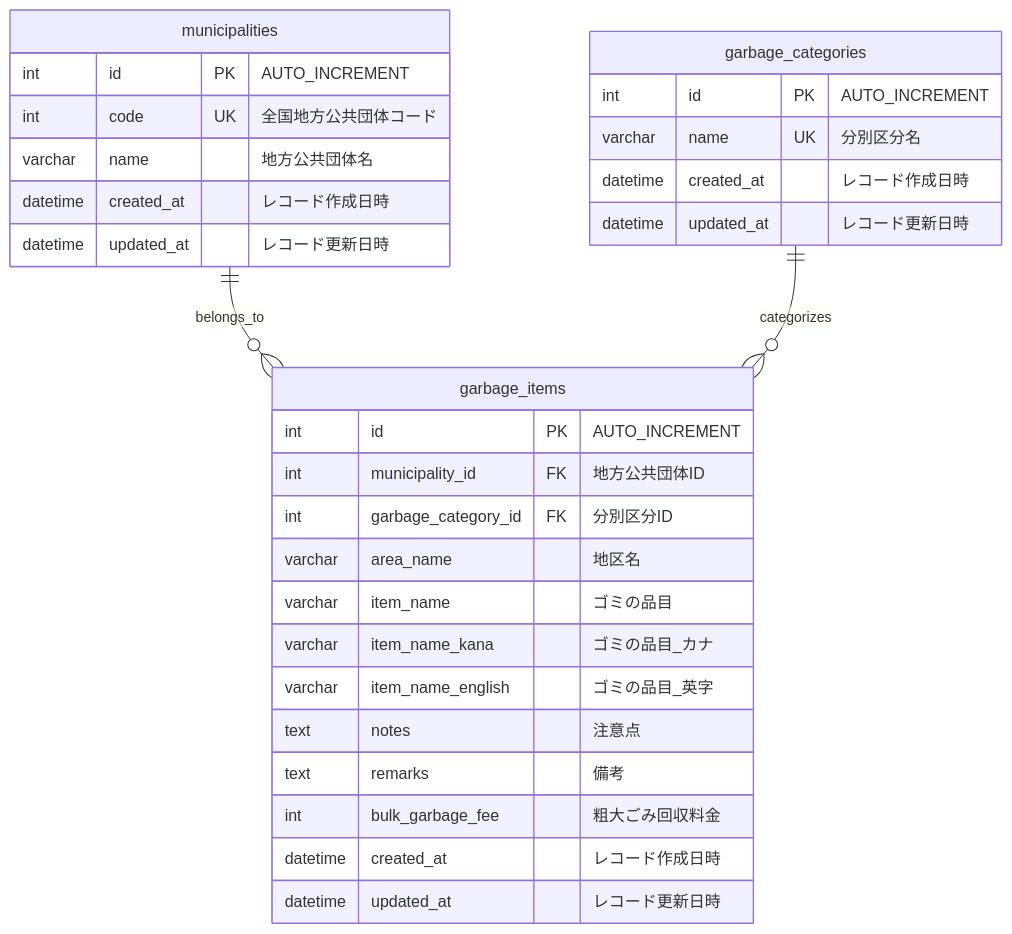
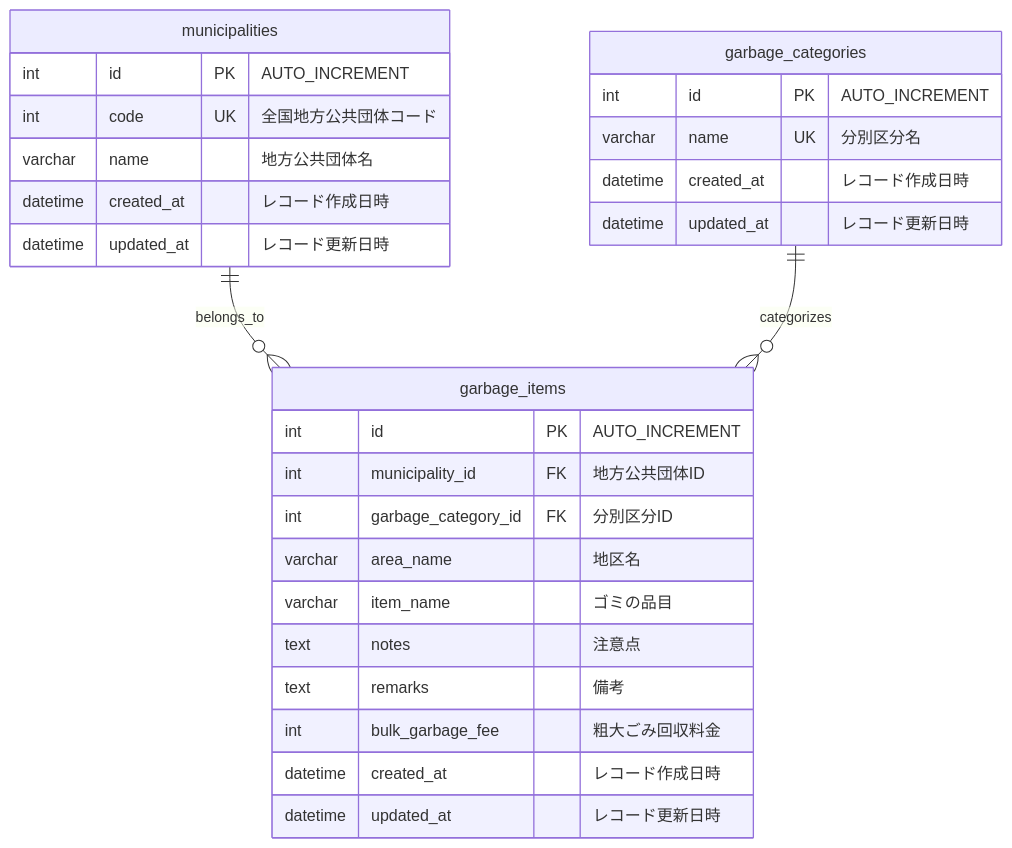
Before and after one commit to ISAWASHUN/move-rule: the diagram in docs/mvp/MVPの仕様.md, drawn with Mermaid. The commit also changed other lines of this file and 2 other files, not shown here.

````diff
--- a/docs/mvp/MVPの仕様.md
+++ b/docs/mvp/MVPの仕様.md
@@ -68,35 +93,33 @@
 ```mermaid
 erDiagram
     municipalities ||--o{ garbage_items : "belongs_to"
     garbage_categories ||--o{ garbage_items : "categorizes"
 
     municipalities {
         int id PK "AUTO_INCREMENT"
         int code UK "全国地方公共団体コード"
         varchar name "地方公共団体名"
         datetime created_at "レコード作成日時"
         datetime updated_at "レコード更新日時"
     }
 
     garbage_categories {
         int id PK "AUTO_INCREMENT"
         varchar name UK "分別区分名"
         datetime created_at "レコード作成日時"
         datetime updated_at "レコード更新日時"
     }
 
     garbage_items {
         int id PK "AUTO_INCREMENT"
         int municipality_id FK "地方公共団体ID"
         int garbage_category_id FK "分別区分ID"
         varchar area_name "地区名"
         varchar item_name "ゴミの品目"
-        varchar item_name_kana "ゴミの品目_カナ"
-        varchar item_name_english "ゴミの品目_英字"
         text notes "注意点"
         text remarks "備考"
         int bulk_garbage_fee "粗大ごみ回収料金"
         datetime created_at "レコード作成日時"
         datetime updated_at "レコード更新日時"
     }
 ```
````
